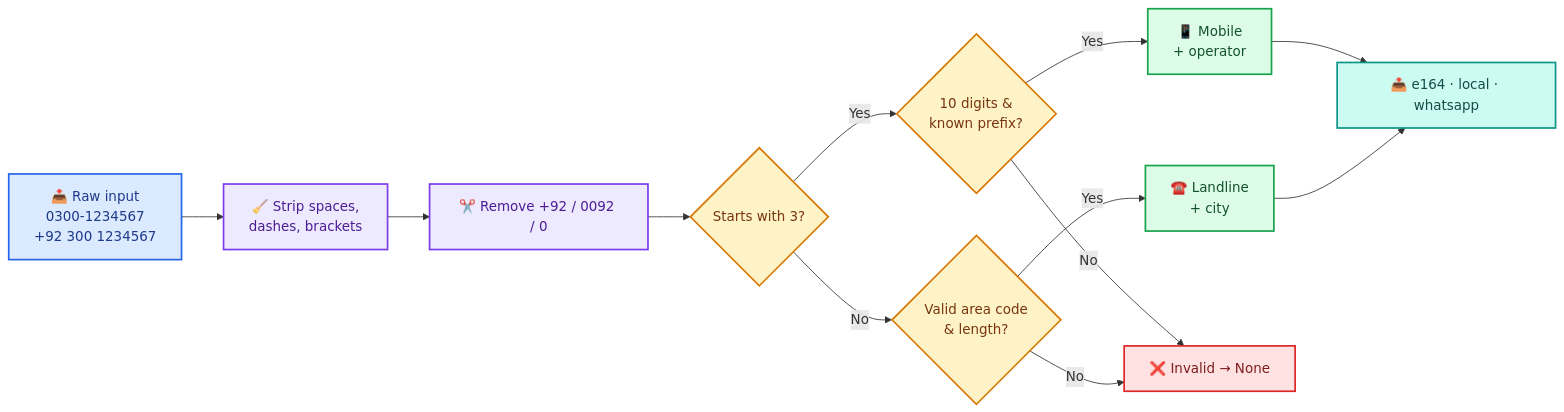
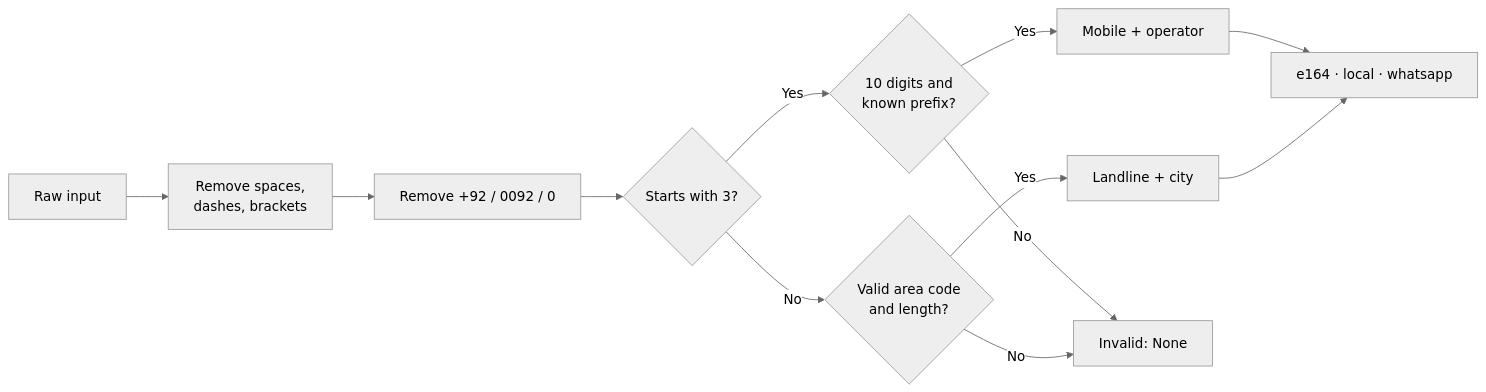
Before and after one commit to Hafsa-Anwar65/pkphone: the first of 3 diagrams in README.md, drawn with Mermaid. The commit also changed other lines of this file and 1 other file, not shown here.

Commit message:
Professional README with neutral header

````diff
--- a/README.md
+++ b/README.md
@@ -99,21 +94,15 @@
 ```mermaid
+%%{init: {'theme': 'neutral'}}%%
 flowchart LR
-    A["📥 Raw input<br/>0300-1234567<br/>+92 300 1234567"]:::input --> B["🧹 Strip spaces,<br/>dashes, brackets"]:::step
-    B --> C["✂️ Remove +92 / 0092 / 0"]:::step
-    C --> D{"Starts with 3?"}:::decision
-    D -- Yes --> E{"10 digits &<br/>known prefix?"}:::decision
-    D -- No --> F{"Valid area code<br/>& length?"}:::decision
-    E -- Yes --> G["📱 Mobile<br/>+ operator"]:::ok
-    F -- Yes --> H["☎️ Landline<br/>+ city"]:::ok
-    E -- No --> X["❌ Invalid → None"]:::bad
+    A["Raw input"] --> B["Remove spaces,<br/>dashes, brackets"]
+    B --> C["Remove +92 / 0092 / 0"]
+    C --> D{"Starts with 3?"}
+    D -- Yes --> E{"10 digits and<br/>known prefix?"}
+    D -- No --> F{"Valid area code<br/>and length?"}
+    E -- Yes --> G["Mobile + operator"]
+    F -- Yes --> H["Landline + city"]
+    E -- No --> X["Invalid: None"]
     F -- No --> X
-    G --> O["📤 e164 · local · whatsapp"]:::output
+    G --> O["e164 · local · whatsapp"]
     H --> O
-
-    classDef input fill:#DBEAFE,stroke:#2563EB,stroke-width:2px,color:#1E3A8A
-    classDef step fill:#EDE9FE,stroke:#7C3AED,stroke-width:2px,color:#4C1D95
-    classDef decision fill:#FEF3C7,stroke:#D97706,stroke-width:2px,color:#78350F
-    classDef ok fill:#DCFCE7,stroke:#16A34A,stroke-width:2px,color:#14532D
-    classDef bad fill:#FEE2E2,stroke:#DC2626,stroke-width:2px,color:#7F1D1D
-    classDef output fill:#CCFBF1,stroke:#0D9488,stroke-width:2px,color:#134E4A
 ```
````
